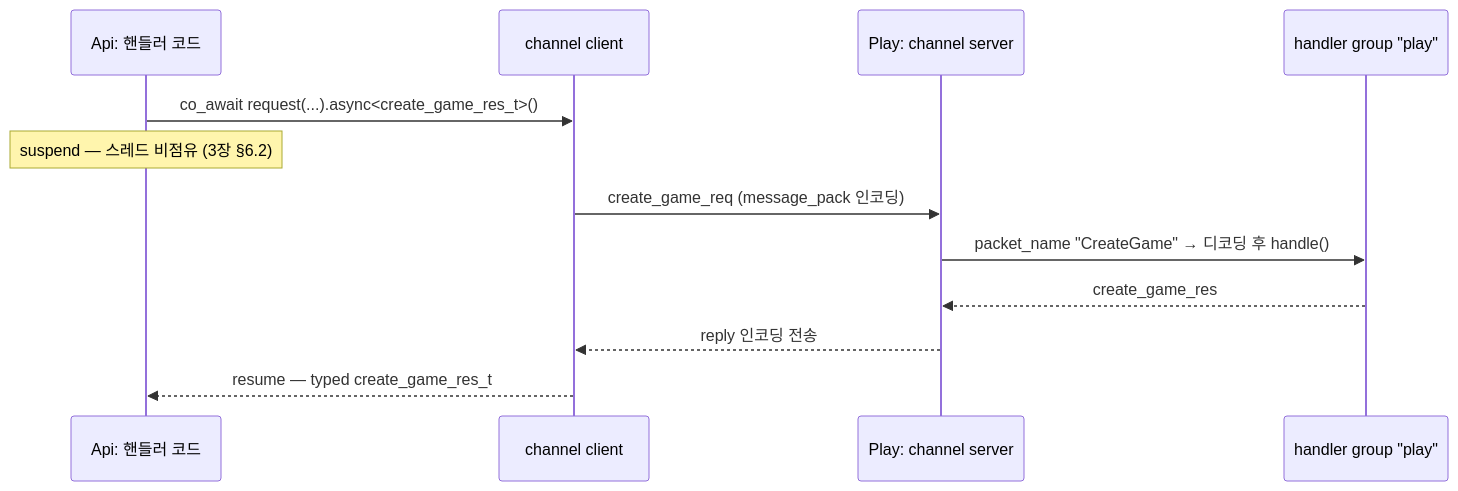
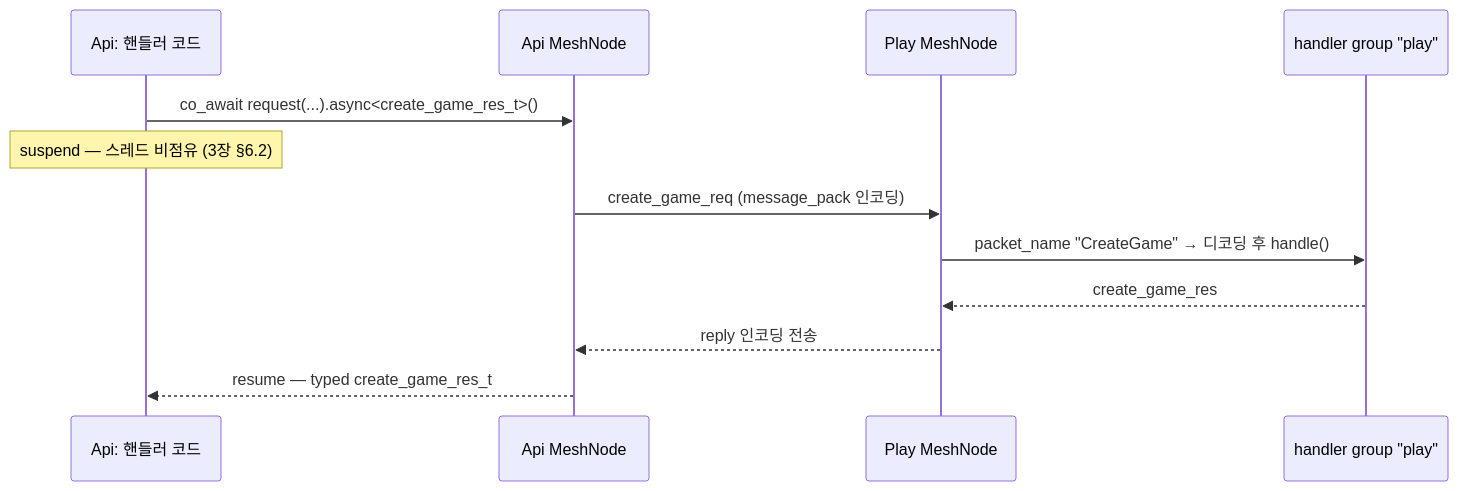
Before and after one commit to kairos-code-dev/zlink: the second of 4 diagrams in framework/doc/framework/cpp/guide/07-channel-messaging.ko.md, drawn with Mermaid. The commit also changed other lines of this file and 293 other files, not shown here.

````diff
--- a/framework/doc/framework/cpp/guide/07-channel-messaging.ko.md
+++ b/framework/doc/framework/cpp/guide/07-channel-messaging.ko.md
@@ -168,15 +172,15 @@
 ```mermaid
 sequenceDiagram
     participant App as Api: 핸들러 코드
-    participant CC as channel client
-    participant PS as Play: channel server
+    participant CC as Api MeshNode
+    participant PS as Play MeshNode
     participant H as handler group "play"
 
     App->>CC: co_await request(...).async<create_game_res_t>()
     Note over App: suspend — 스레드 비점유 (3장 §6.2)
     CC->>PS: create_game_req (message_pack 인코딩)
     PS->>H: packet_name "CreateGame" → 디코딩 후 handle()
     H-->>PS: create_game_res
     PS-->>CC: reply 인코딩 전송
     CC-->>App: resume — typed create_game_res_t
 ```
````
